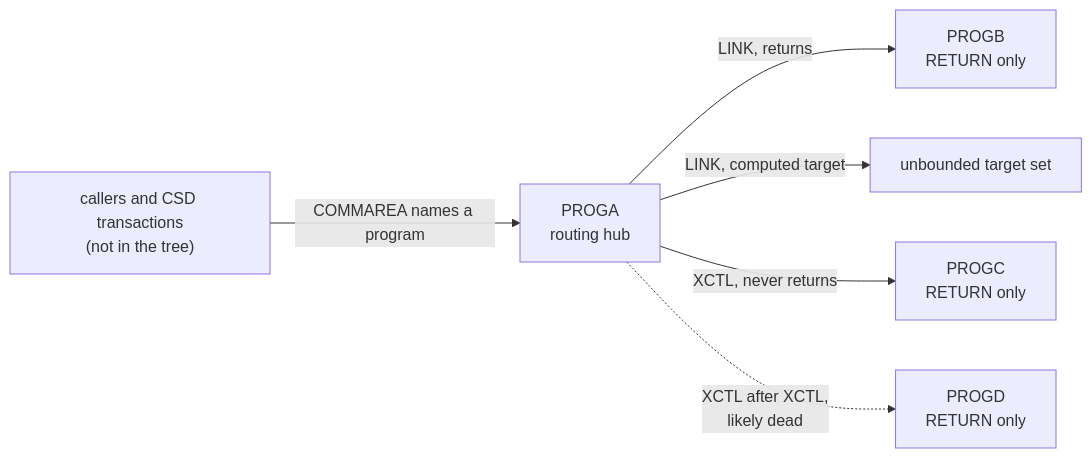
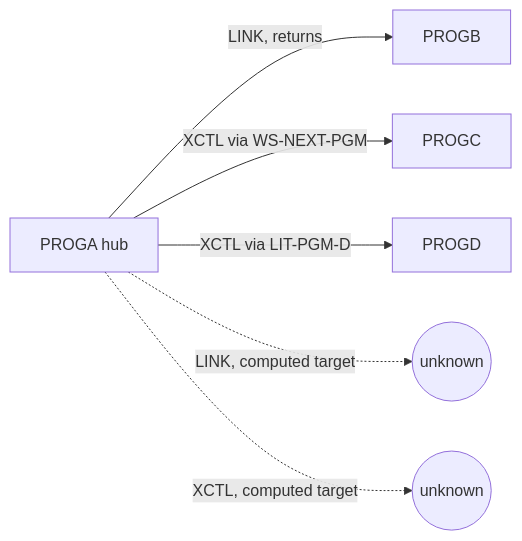
One commit to Sparq-Holding-Inc/claude-legacy-modernization changed the diagram in evals/runs/03-cics-link-xctl/modernization-assessment/02-coupling.md. Above: the diagram before and after it, drawn with Mermaid. The commit also changed other lines of this file and 268 other files, not shown here.

````diff
--- a/evals/runs/03-cics-link-xctl/modernization-assessment/02-coupling.md
+++ b/evals/runs/03-cics-link-xctl/modernization-assessment/02-coupling.md
@@ -37,8 +21,8 @@
 ```mermaid
 graph LR
-  caller["callers and CSD transactions\n(not in the tree)"] -->|COMMAREA names a program| A["PROGA\nrouting hub"]
-  A -->|LINK, returns| B["PROGB\nRETURN only"]
-  A -->|LINK, computed target| X["unbounded target set"]
-  A -->|XCTL, never returns| C["PROGC\nRETURN only"]
-  A -.->|XCTL after XCTL,\nlikely dead| D["PROGD\nRETURN only"]
+  A[PROGA hub] -->|LINK, returns| B[PROGB]
+  A -->|XCTL via WS-NEXT-PGM| C[PROGC]
+  A -->|XCTL via LIT-PGM-D| D[PROGD]
+  A -.->|LINK, computed target| X1((unknown))
+  A -.->|XCTL, computed target| X2((unknown))
 ```
````
